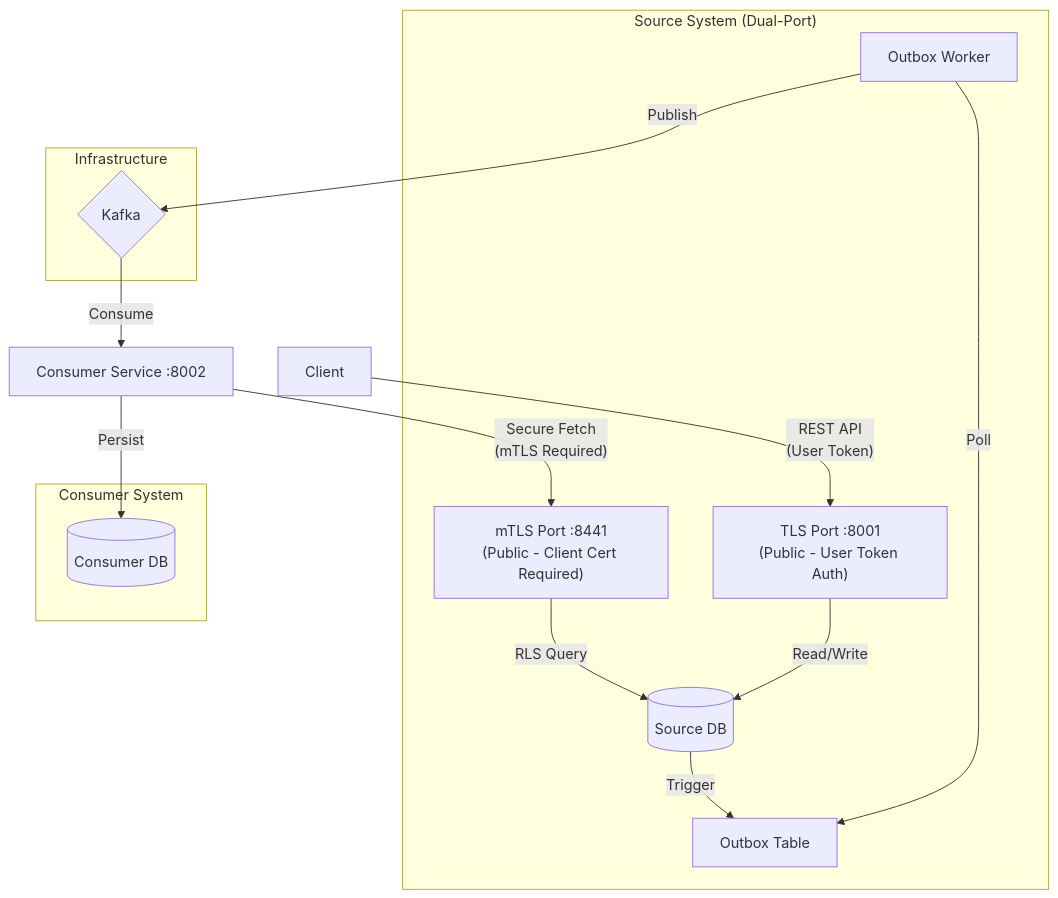
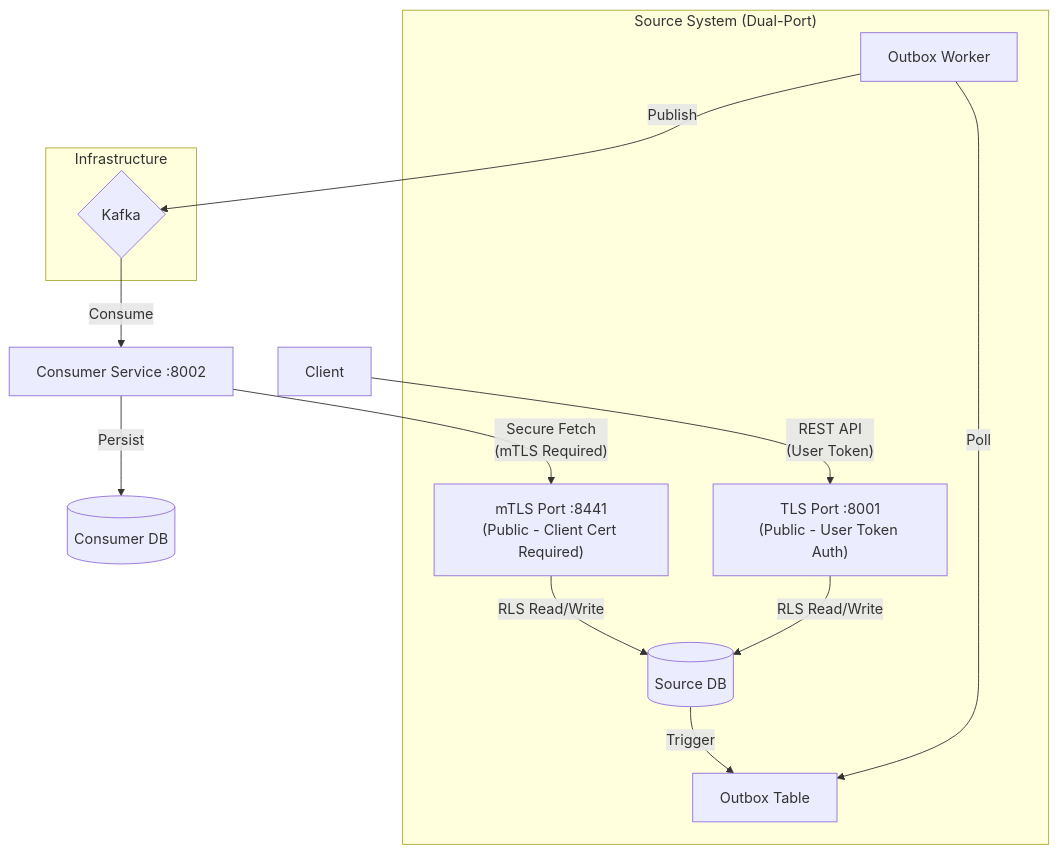
The first of 2 diagrams in demo/README.md (phuongbv00/multi-tenant-data-sync-demo), drawn with Mermaid before and after one commit. The commit also changed 1 other file, not shown here.

````diff
--- a/demo/README.md
+++ b/demo/README.md
@@ -10,32 +10,30 @@
 ```mermaid
 graph TD
     Client[Client]
     Consumer[Consumer Service :8002]
 
     subgraph SourceSystem["Source System (Dual-Port)"]
         SS_TLS["TLS Port :8001<br/>(Public - User Token Auth)"]
         SS_mTLS["mTLS Port :8441<br/>(Public - Client Cert Required)"]
         SDB[(Source DB)]
         Outbox[Outbox Table]
         Workers[Outbox Worker]
     end
 
     subgraph Infra[Infrastructure]
         Kafka{Kafka}
     end
 
-    subgraph ConsumerSystem[Consumer System]
-        CDB[(Consumer DB)]
-    end
+    CDB[(Consumer DB)]
 
     Client -->|"REST API<br/>(User Token)"| SS_TLS
-    SS_TLS -->|Read/Write| SDB
+    SS_TLS -->|RLS Read/Write| SDB
     SDB -->|Trigger| Outbox
     Workers -->|Poll| Outbox
     Workers -->|Publish| Kafka
 
     Kafka -->|Consume| Consumer
     Consumer -->|"Secure Fetch<br/>(mTLS Required)"| SS_mTLS
-    SS_mTLS -->|RLS Query| SDB
+    SS_mTLS -->|RLS Read/Write| SDB
     Consumer -->|Persist| CDB
 ```
````
